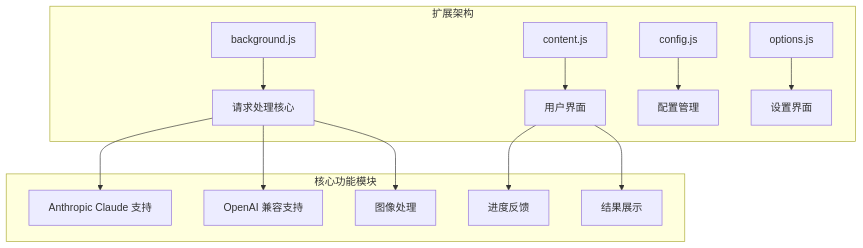
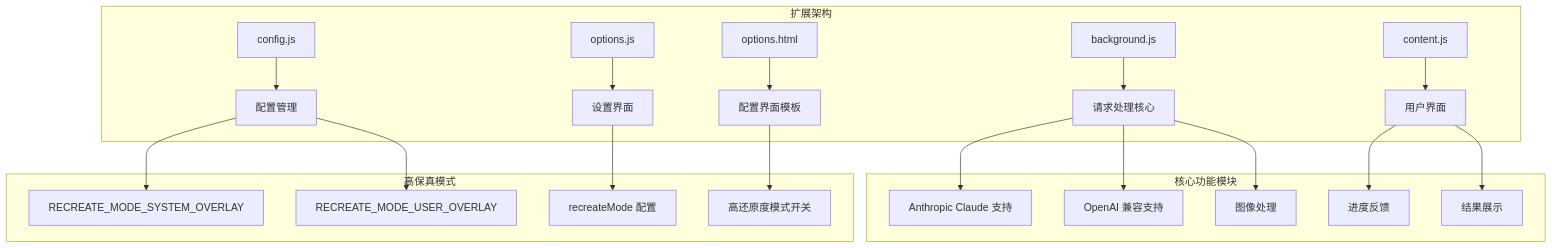
Before and after one commit to binasi/Img2Prompt: the first of 11 diagrams in .qoder/repowiki/zh/content/核心功能/AI 模型集成/Anthropic Claude 接口.md, drawn with Mermaid. The commit also changed other lines of this file and 21 other files, not shown here.

````diff
--- a/.qoder/repowiki/zh/content/核心功能/AI 模型集成/Anthropic Claude 接口.md
+++ b/.qoder/repowiki/zh/content/核心功能/AI 模型集成/Anthropic Claude 接口.md
@@ -32,16 +41,23 @@
 ```mermaid
 graph TB
 subgraph "扩展架构"
 A[background.js] --> B[请求处理核心]
 C[content.js] --> D[用户界面]
 E[config.js] --> F[配置管理]
 G[options.js] --> H[设置界面]
+I[options.html] --> J[配置界面模板]
 end
 subgraph "核心功能模块"
-B --> I[Anthropic Claude 支持]
-B --> J[OpenAI 兼容支持]
-B --> K[图像处理]
-D --> L[进度反馈]
-D --> M[结果展示]
+B --> K[Anthropic Claude 支持]
+B --> L[OpenAI 兼容支持]
+B --> M[图像处理]
+D --> N[进度反馈]
+D --> O[结果展示]
+end
+subgraph "高保真模式"
+F --> P[RECREATE_MODE_SYSTEM_OVERLAY]
+F --> Q[RECREATE_MODE_USER_OVERLAY]
+H --> R[recreateMode 配置]
+J --> S[高还原度模式开关]
 end
 ```
````
